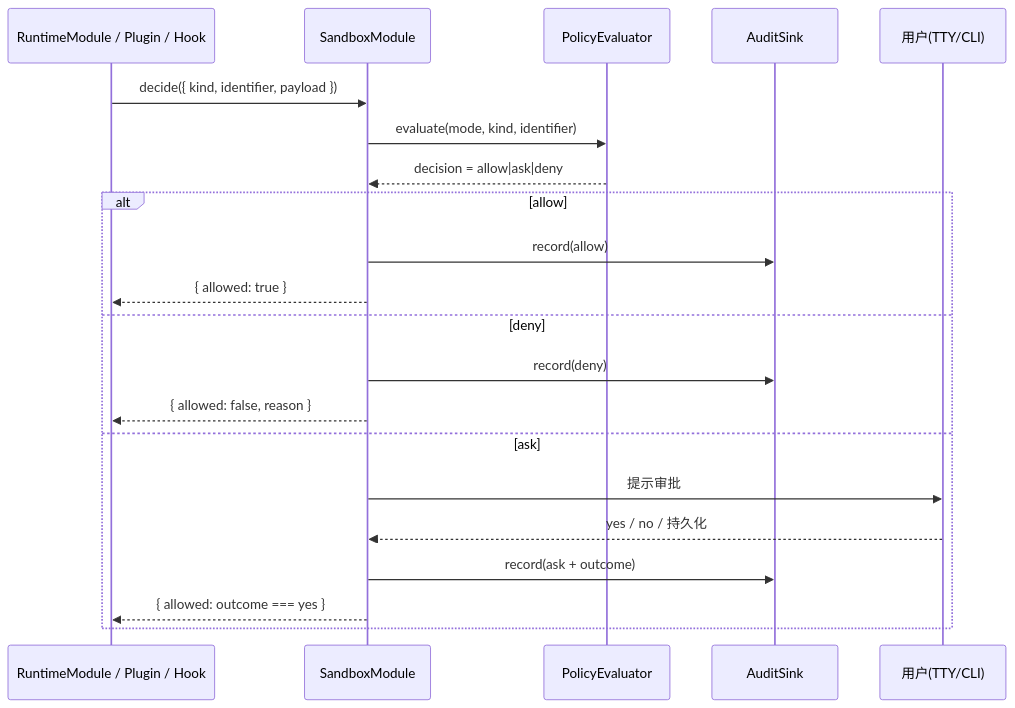
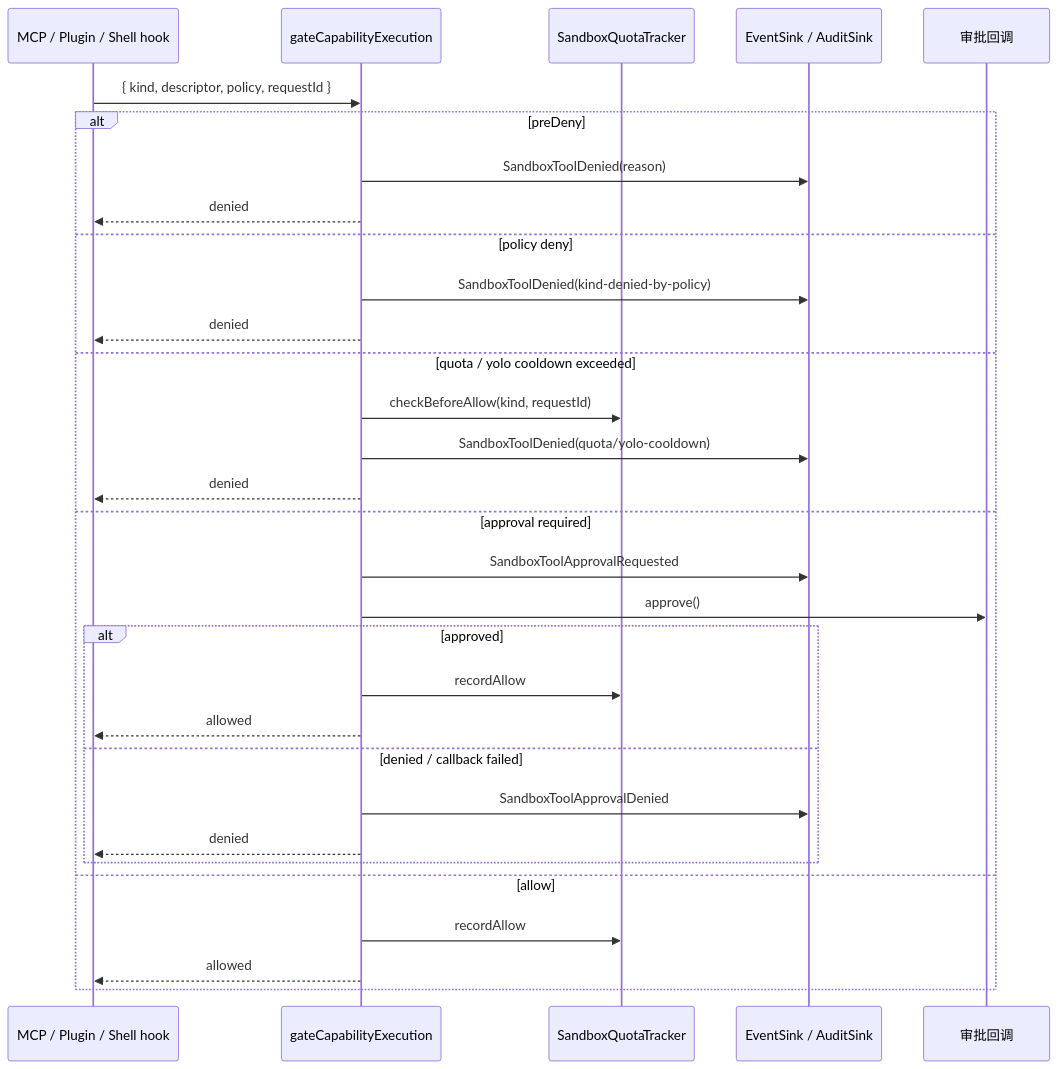
The diagram in docs/sandbox.capabilities.md (flyflor/flyflor), drawn with Mermaid before and after one commit. The commit also changed other lines of this file and 127 other files, not shown here.

````diff
--- a/docs/sandbox.capabilities.md
+++ b/docs/sandbox.capabilities.md
@@ -38,23 +39,33 @@
 ```mermaid
 sequenceDiagram
-    participant Caller as RuntimeModule / Plugin / Hook
-    participant SB as SandboxModule
-    participant Pol as PolicyEvaluator
-    participant Audit as AuditSink
-    participant User as 用户(TTY/CLI)
-    Caller->>SB: decide({ kind, identifier, payload })
-    SB->>Pol: evaluate(mode, kind, identifier)
-    Pol-->>SB: decision = allow|ask|deny
-    alt allow
-        SB->>Audit: record(allow)
-        SB-->>Caller: { allowed: true }
-    else deny
-        SB->>Audit: record(deny)
-        SB-->>Caller: { allowed: false, reason }
-    else ask
-        SB->>User: 提示审批
-        User-->>SB: yes / no / 持久化
-        SB->>Audit: record(ask + outcome)
-        SB-->>Caller: { allowed: outcome === yes }
+    participant Caller as MCP / Plugin / Shell hook
+    participant Gate as gateCapabilityExecution
+    participant Quota as SandboxQuotaTracker
+    participant Audit as EventSink / AuditSink
+    participant User as 审批回调
+    Caller->>Gate: { kind, descriptor, policy, requestId }
+    alt preDeny
+        Gate->>Audit: SandboxToolDenied(reason)
+        Gate-->>Caller: denied
+    else policy deny
+        Gate->>Audit: SandboxToolDenied(kind-denied-by-policy)
+        Gate-->>Caller: denied
+    else quota / yolo cooldown exceeded
+        Gate->>Quota: checkBeforeAllow(kind, requestId)
+        Gate->>Audit: SandboxToolDenied(quota/yolo-cooldown)
+        Gate-->>Caller: denied
+    else approval required
+        Gate->>Audit: SandboxToolApprovalRequested
+        Gate->>User: approve()
+        alt approved
+            Gate->>Quota: recordAllow
+            Gate-->>Caller: allowed
+        else denied / callback failed
+            Gate->>Audit: SandboxToolApprovalDenied
+            Gate-->>Caller: denied
+        end
+    else allow
+        Gate->>Quota: recordAllow
+        Gate-->>Caller: allowed
     end
 ```
````
